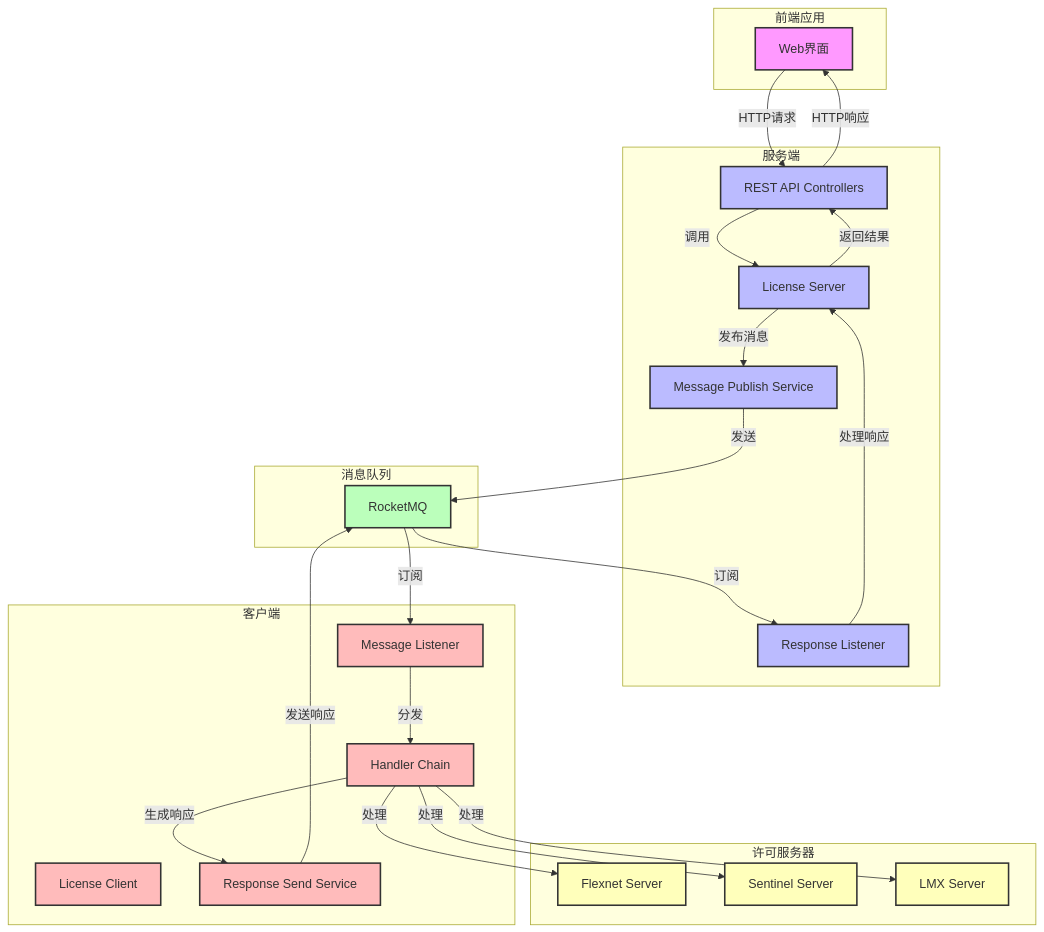
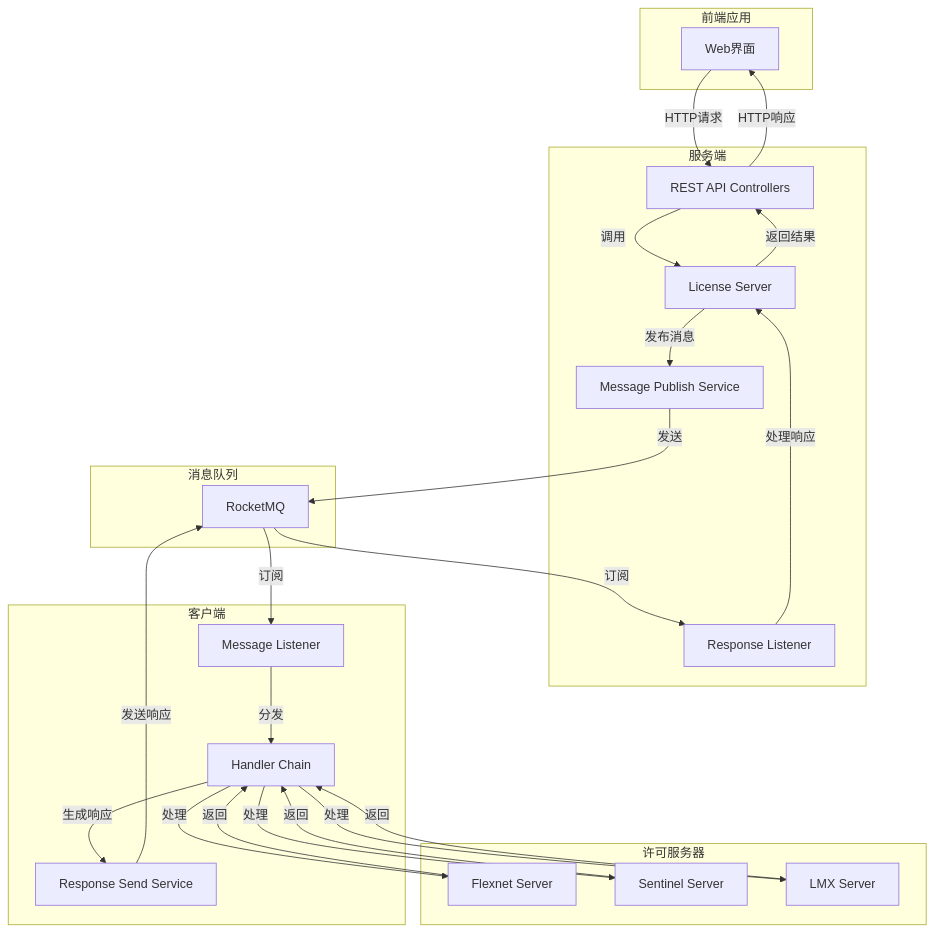
Before and after one commit to geek-larry/mq-arc: the diagram in README.md, drawn with Mermaid.

Commit message:
docs: 更新

````diff
--- a/README.md
+++ b/README.md
@@ -5,58 +5,58 @@
 ```mermaid
-flowchart TD
+graph TD
+    %% 前端
+    A[Web界面] -->|HTTP请求| B[REST API Controllers]
+    B -->|HTTP响应| A
+    
+    %% 服务端
+    B -->|调用| C[License Server]
+    C -->|返回结果| B
+    C -->|发布消息| D[Message Publish Service]
+    E[Response Listener] -->|处理响应| C
+    
+    %% 消息队列
+    D -->|发送| F[RocketMQ]
+    F -->|订阅| E
+    
+    %% 客户端
+    F -->|订阅| G[Message Listener]
+    G -->|分发| H[Handler Chain]
+    H -->|生成响应| I[Response Send Service]
+    I -->|发送响应| F
+    
+    %% 许可服务器
+    H -->|处理| J[Flexnet Server]
+    H -->|处理| K[Sentinel Server]
+    H -->|处理| L[LMX Server]
+    J -->|返回| H
+    K -->|返回| H
+    L -->|返回| H
+    
+    %% 模块分组
     subgraph Frontend[前端应用]
-        A[Web界面]
+        A
     end
-
+    
     subgraph Server[服务端]
-        B[License Server]
-        C[Message Publish Service]
-        D[Response Listener]
-        E[REST API Controllers]
+        B
+        C
+        D
+        E
     end
-
+    
     subgraph MessageQueue[消息队列]
-        F[RocketMQ]
+        F
     end
-
+    
     subgraph Client[客户端]
-        G[License Client]
-        H[Message Listener]
-        I[Handler Chain]
-        J[Response Send Service]
+        G
+        H
+        I
     end
-
+    
     subgraph LicenseServers[许可服务器]
-        K[Flexnet Server]
-        L[Sentinel Server]
-        M[LMX Server]
+        J
+        K
+        L
     end
-
-    A -->|HTTP请求| E
-    E -->|调用| B
-    B -->|发布消息| C
-    C -->|发送| F
-    F -->|订阅| H
-    H -->|分发| I
-    I -->|处理| K
-    I -->|处理| L
-    I -->|处理| M
-    I -->|生成响应| J
-    J -->|发送响应| F
-    F -->|订阅| D
-    D -->|处理响应| B
-    B -->|返回结果| E
-    E -->|HTTP响应| A
-
-    classDef frontend fill:#f9f,stroke:#333,stroke-width:2px
-    classDef server fill:#bbf,stroke:#333,stroke-width:2px
-    classDef mq fill:#bfb,stroke:#333,stroke-width:2px
-    classDef client fill:#fbb,stroke:#333,stroke-width:2px
-    classDef license fill:#ffb,stroke:#333,stroke-width:2px
-
-    class A frontend
-    class B,C,D,E server
-    class F mq
-    class G,H,I,J client
-    class K,L,M license
 ```
````
